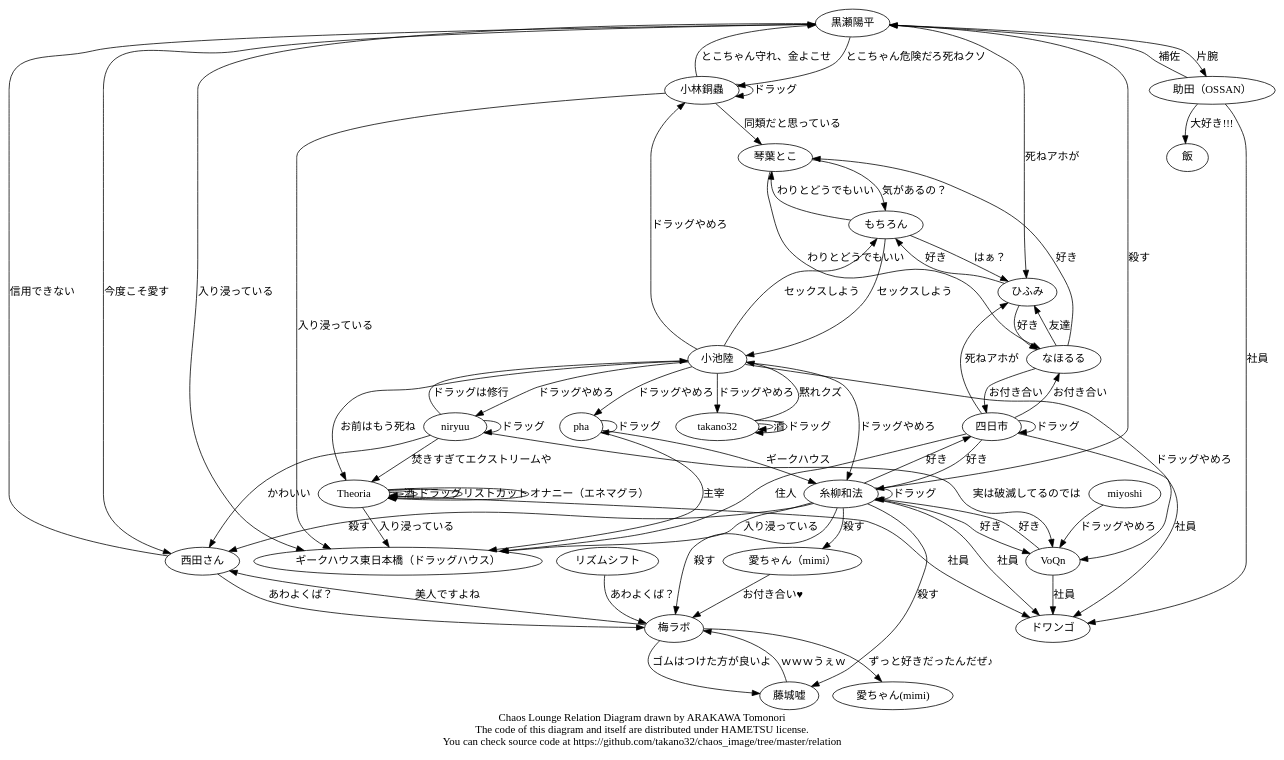
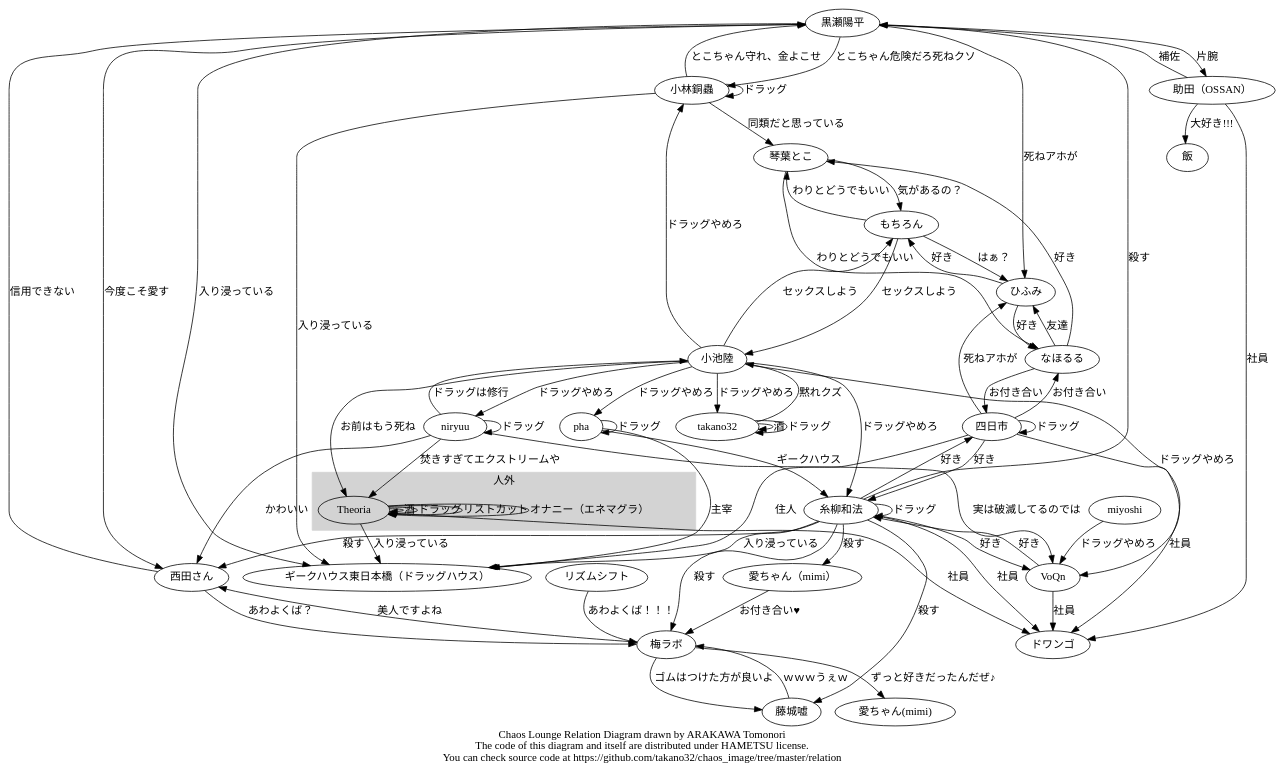
One commit to hametsu/chaos_image changed the diagram in relation/chaos.dot. Above: the diagram before and after it, drawn with Graphviz.

Commit message:
テオリア subgraph

```diff
--- a/relation/chaos.dot
+++ b/relation/chaos.dot
@@ -1,84 +1,86 @@
 digraph Chaos {
   Theoria   -> Theoria  [label = "酒"];
   Theoria   -> Theoria  [label = "ドラッグ"];
   Theoria   -> Theoria  [label = "リストカット"];
   Theoria   -> Theoria  [label = "オナニー（エネマグラ）"];
   梅ラボ    -> 藤城嘘   [label = "ゴムはつけた方が良いよ"];
   梅ラボ    -> 西田さん [label = "美人ですよね"];
   梅ラボ -> "愛ちゃん(mimi)" [label = "ずっと好きだったんだぜ♪"];
   藤城嘘   -> 梅ラボ   [label = "ｗｗｗうぇｗ"];
   西田さん -> 梅ラボ   [label = "あわよくば？"];
-  リズムシフト -> 梅ラボ [label = "あわよくば？"];
+  リズムシフト -> 梅ラボ [label = "あわよくば！！！"];
   西田さん -> 黒瀬陽平 [label = "信用できない"];
   黒瀬陽平 -> 西田さん [label = "今度こそ愛す"];
   黒瀬陽平 -> 小林銅蟲 [label = "とこちゃん危険だろ死ねクソ"];
   黒瀬陽平 -> ひふみ [label = "死ねアホが"];
   黒瀬陽平 -> 助田（OSSAN） [label =  "片腕"];
   助田（OSSAN） -> 黒瀬陽平 [label = "補佐"];
   助田（OSSAN） -> 飯 [label = "大好き!!!"];
   愛ちゃん（mimi） -> 梅ラボ [label = "お付き合い♥"];
   糸柳和法 -> 梅ラボ  [label = "殺す"];
   糸柳和法 -> 藤城嘘   [label = "殺す"];
   糸柳和法 -> 黒瀬陽平 [label = "殺す"];
   糸柳和法 -> 西田さん [label = "殺す"];
   糸柳和法 -> 愛ちゃん（mimi） [label = "殺す"];
   糸柳和法 -> 四日市 [label = "好き"];
   糸柳和法 -> VoQn [label = "好き"];
   糸柳和法 -> 糸柳和法 [label = "ドラッグ"];
   pha -> 糸柳和法 [label = "ギークハウス"];
   pha -> pha [label = "ドラッグ"];
   小池陸 -> 糸柳和法 [label = "ドラッグやめろ"];
   小池陸 -> takano32 [label = "ドラッグやめろ"];
   小池陸 -> 小林銅蟲 [label = "ドラッグやめろ"];
   小池陸 -> VoQn [label = "ドラッグやめろ"];
   小池陸 -> もちろん [label = "セックスしよう"];
   小池陸 -> niryuu [label = "ドラッグやめろ"];
   小池陸 -> pha [label = "ドラッグやめろ"];
   小池陸 -> Theoria [label = "お前はもう死ね"];
   もちろん -> 小池陸 [label = "セックスしよう"];
   もちろん -> 琴葉とこ [label = "わりとどうでもいい"];
   もちろん -> ひふみ [label = "はぁ？"];
   miyoshi -> VoQn [label = "ドラッグやめろ"];
   小林銅蟲 -> 黒瀬陽平 [label = "とこちゃん守れ、金よこせ"];
   小林銅蟲 -> 琴葉とこ [label = "同類だと思っている"];
   小林銅蟲 -> 小林銅蟲 [label = "ドラッグ"];
   takano32 -> 小池陸 [label = "黙れクズ"];
   takano32 -> takano32 [label = "酒"];
   takano32 -> takano32 [label = "ドラッグ"];
   なほるる -> 琴葉とこ [label = "好き"];
   なほるる -> 四日市 [label = "お付き合い"];
   なほるる -> ひふみ [label = "友達"];
   琴葉とこ -> なほるる [label = "わりとどうでもいい"];
   琴葉とこ -> もちろん [label = "気があるの？"];
   四日市 -> なほるる [label = "お付き合い"];
   四日市 -> 糸柳和法 [label = "好き"];
   四日市 -> 四日市 [label = "ドラッグ"];
   四日市 -> ひふみ [label = "死ねアホが"];
   ひふみ -> なほるる [label = "好き"];
   ひふみ -> もちろん [label = "好き"];
   VoQn -> 糸柳和法 [label = "好き"];
   niryuu -> 小池陸 [label = "ドラッグは修行"];
   niryuu -> niryuu [label = "ドラッグ"];
   niryuu -> Theoria [label = "焚きすぎてエクストリームや"];
   niryuu -> VoQn [label = "実は破滅してるのでは"];
   niryuu -> 西田さん [label = "かわいい"];
 
   糸柳和法 -> ギークハウス東日本橋（ドラッグハウス）[label = "入り浸っている"];
   黒瀬陽平 -> ギークハウス東日本橋（ドラッグハウス）[label = "入り浸っている"];
   Theoria -> ギークハウス東日本橋（ドラッグハウス）[label = "入り浸っている"];
   小林銅蟲 -> ギークハウス東日本橋（ドラッグハウス）[label = "入り浸っている"];
   pha -> ギークハウス東日本橋（ドラッグハウス）[label = "主宰"];
   四日市 -> ギークハウス東日本橋（ドラッグハウス） [label = "住人"];
 
   糸柳和法 -> ドワンゴ [label = "社員"];
   Theoria -> ドワンゴ [label = "社員"];
   VoQn -> ドワンゴ [label = "社員"];
   四日市 -> ドワンゴ [label = "社員"];
   助田（OSSAN） -> ドワンゴ [label = "社員"];
   subgraph cluster_hoge {
+    label = "人外";
     style = filled;
     color = lightgrey;
+    Theoria
     // see also http://graphviz.org/content/cluster
   }
   label = "Chaos Lounge Relation Diagram drawn by ARAKAWA Tomonori\nThe code of this diagram and itself are distributed under HAMETSU license.\nYou can check source code at https://github.com/takano32/chaos_image/tree/master/relation";
 }
```
